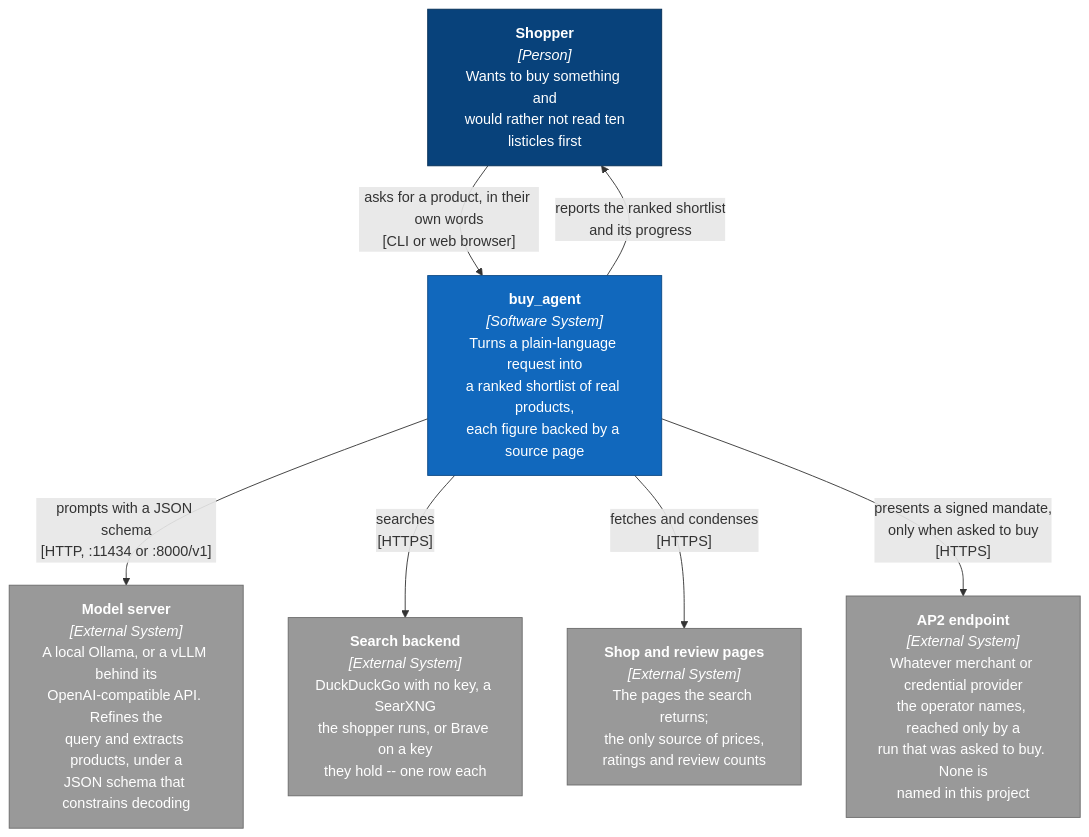
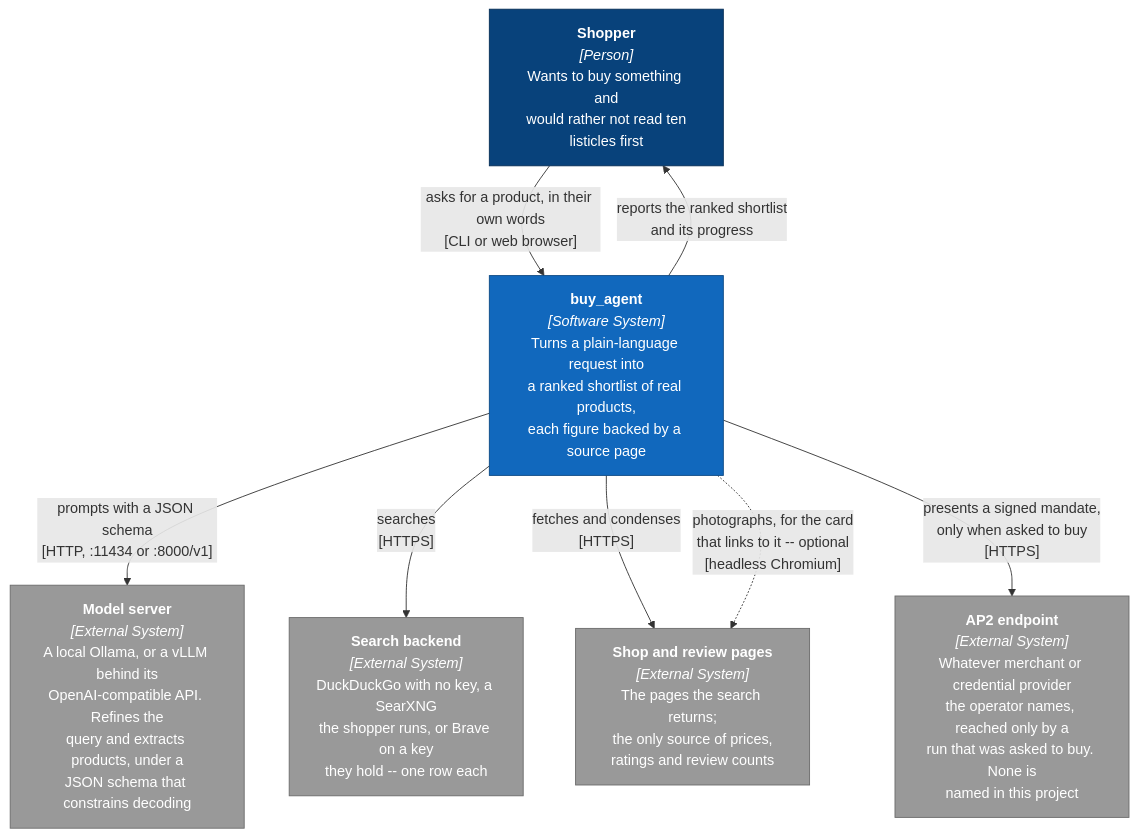
One commit to adamw7/buy_agent changed the first of 5 diagrams in docs/architecture.md. Above: the diagram before and after it, drawn with Mermaid. The commit also changed other lines of this file and 33 other files, not shown here.

````diff
--- a/docs/architecture.md
+++ b/docs/architecture.md
@@ -17,25 +17,26 @@
 ```mermaid
 graph TB
     shopper["<b>Shopper</b><br/><i>[Person]</i><br/>Wants to buy something and<br/>would rather not read ten<br/>listicles first"]
 
     system["<b>buy_agent</b><br/><i>[Software System]</i><br/>Turns a plain-language request into<br/>a ranked shortlist of real products,<br/>each figure backed by a source page"]
 
     ollama["<b>Model server</b><br/><i>[External System]</i><br/>A local Ollama, or a vLLM behind its<br/>OpenAI-compatible API. Refines the<br/>query and extracts products, under a<br/>JSON schema that constrains decoding"]
     ddg["<b>Search backend</b><br/><i>[External System]</i><br/>DuckDuckGo with no key, a SearXNG<br/>the shopper runs, or Brave on a key<br/>they hold -- one row each"]
     shops["<b>Shop and review pages</b><br/><i>[External System]</i><br/>The pages the search returns;<br/>the only source of prices,<br/>ratings and review counts"]
     counterparty["<b>AP2 endpoint</b><br/><i>[External System]</i><br/>Whatever merchant or credential provider<br/>the operator names, reached only by a<br/>run that was asked to buy. None is<br/>named in this project"]
 
     shopper -->|"asks for a product, in their own words<br/>[CLI or web browser]"| system
     system -->|"reports the ranked shortlist<br/>and its progress"| shopper
     system -->|"prompts with a JSON schema<br/>[HTTP, :11434 or :8000/v1]"| ollama
     system -->|"searches<br/>[HTTPS]"| ddg
     system -->|"fetches and condenses<br/>[HTTPS]"| shops
+    system -.->|"photographs, for the card<br/>that links to it -- optional<br/>[headless Chromium]"| shops
     system -->|"presents a signed mandate,<br/>only when asked to buy<br/>[HTTPS]"| counterparty
 
     classDef person fill:#08427b,stroke:#052e56,color:#fff
     classDef internal fill:#1168bd,stroke:#0b4884,color:#fff
     classDef external fill:#999,stroke:#6b6b6b,color:#fff
     class shopper person
     class system internal
     class ollama,ddg,shops,counterparty external
 ```
````
